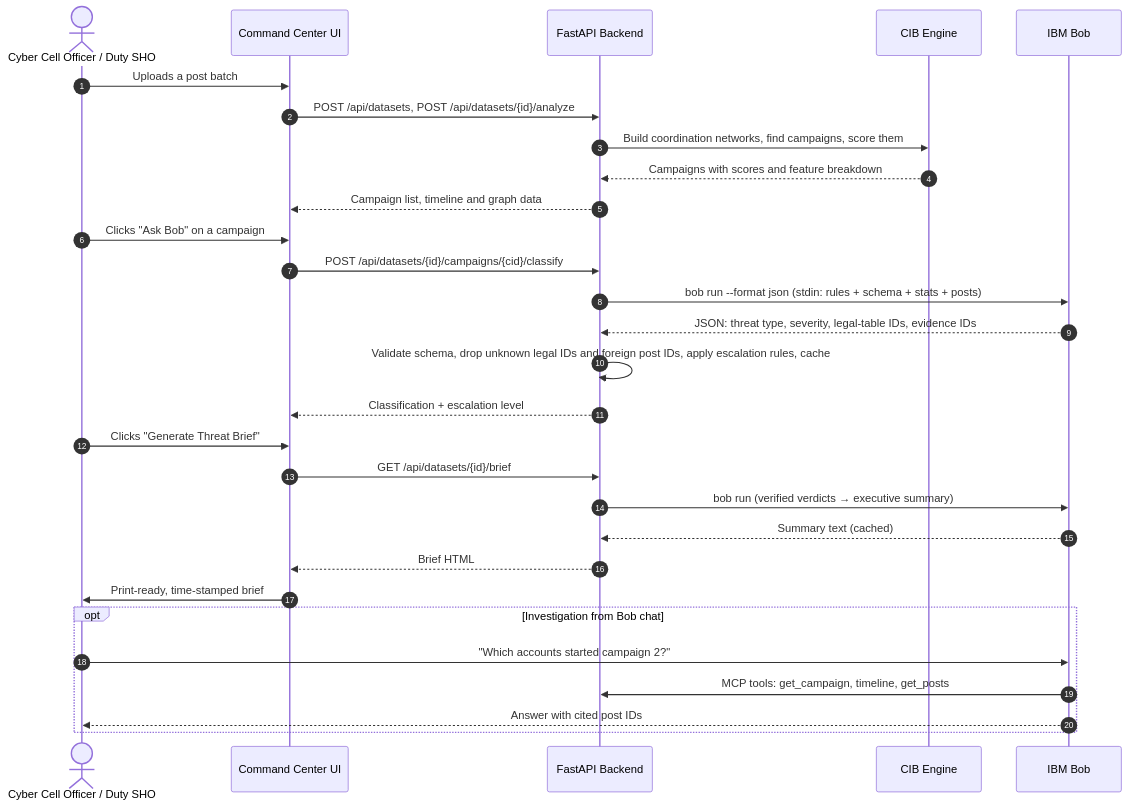
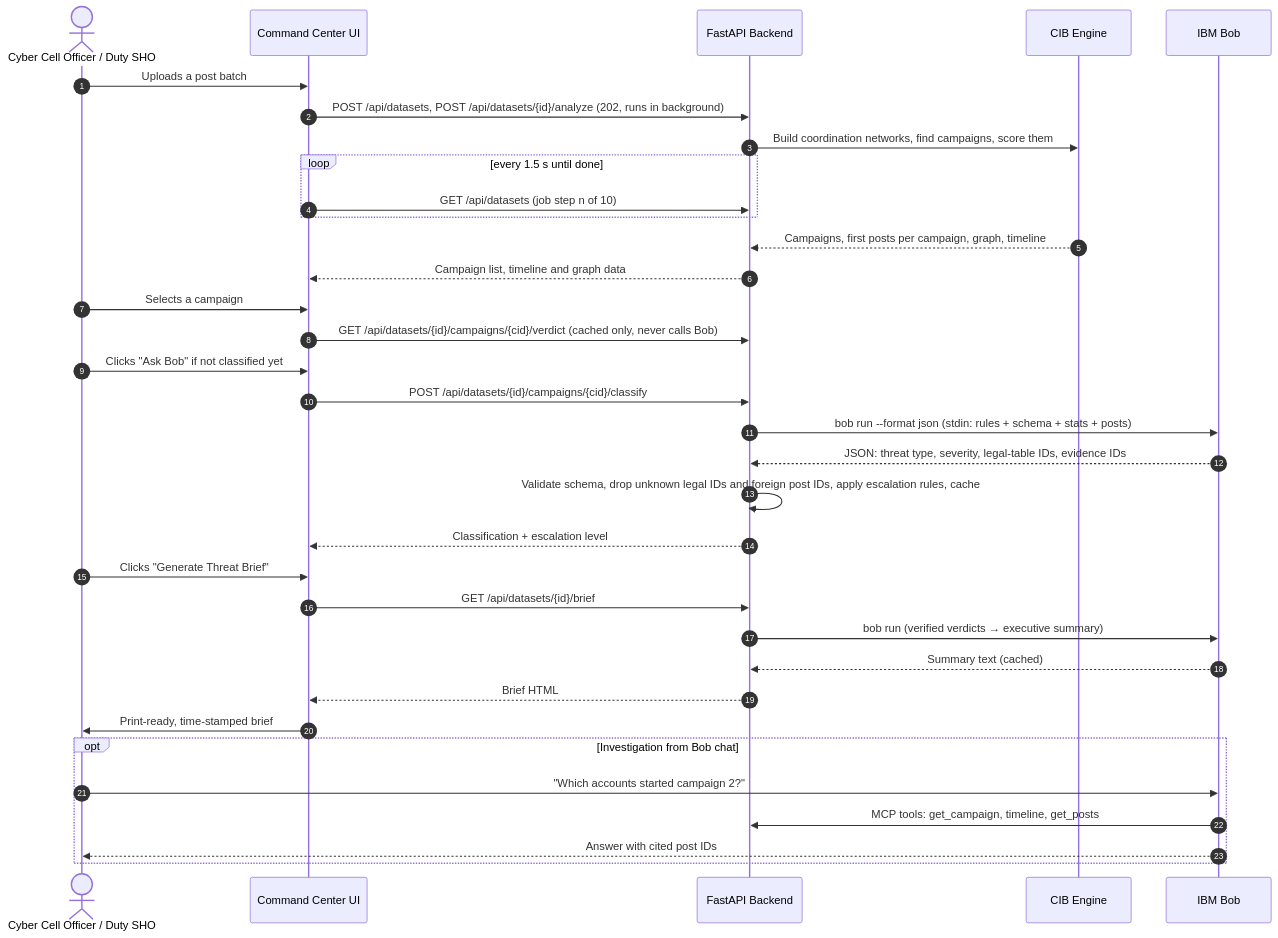
The second of 2 diagrams in docs/architecture.md (Tirth-chokshi/bob-ai-hackathon-shin-chan), drawn with Mermaid before and after one commit. The commit also changed other lines of this file and 75 other files, not shown here.

````diff
--- a/docs/architecture.md
+++ b/docs/architecture.md
@@ -58,33 +59,38 @@
 ```mermaid
 sequenceDiagram
     autonumber
     actor Officer as Cyber Cell Officer / Duty SHO
     participant UI as Command Center UI
     participant API as FastAPI Backend
     participant CIB as CIB Engine
     participant Bob as IBM Bob
 
     Officer->>UI: Uploads a post batch
-    UI->>API: POST /api/datasets, POST /api/datasets/{id}/analyze
+    UI->>API: POST /api/datasets, POST /api/datasets/{id}/analyze (202, runs in background)
     API->>CIB: Build coordination networks, find campaigns, score them
-    CIB-->>API: Campaigns with scores and feature breakdown
+    loop every 1.5 s until done
+        UI->>API: GET /api/datasets (job step n of 10)
+    end
+    CIB-->>API: Campaigns, first posts per campaign, graph, timeline
     API-->>UI: Campaign list, timeline and graph data
-    Officer->>UI: Clicks "Ask Bob" on a campaign
+    Officer->>UI: Selects a campaign
+    UI->>API: GET /api/datasets/{id}/campaigns/{cid}/verdict (cached only, never calls Bob)
+    Officer->>UI: Clicks "Ask Bob" if not classified yet
     UI->>API: POST /api/datasets/{id}/campaigns/{cid}/classify
     API->>Bob: bob run --format json (stdin: rules + schema + stats + posts)
     Bob-->>API: JSON: threat type, severity, legal-table IDs, evidence IDs
     API->>API: Validate schema, drop unknown legal IDs and foreign post IDs, apply escalation rules, cache
     API-->>UI: Classification + escalation level
     Officer->>UI: Clicks "Generate Threat Brief"
     UI->>API: GET /api/datasets/{id}/brief
     API->>Bob: bob run (verified verdicts → executive summary)
     Bob-->>API: Summary text (cached)
     API-->>UI: Brief HTML
     UI->>Officer: Print-ready, time-stamped brief
 
     opt Investigation from Bob chat
         Officer->>Bob: "Which accounts started campaign 2?"
         Bob->>API: MCP tools: get_campaign, timeline, get_posts
         Bob-->>Officer: Answer with cited post IDs
     end
 ```
````
